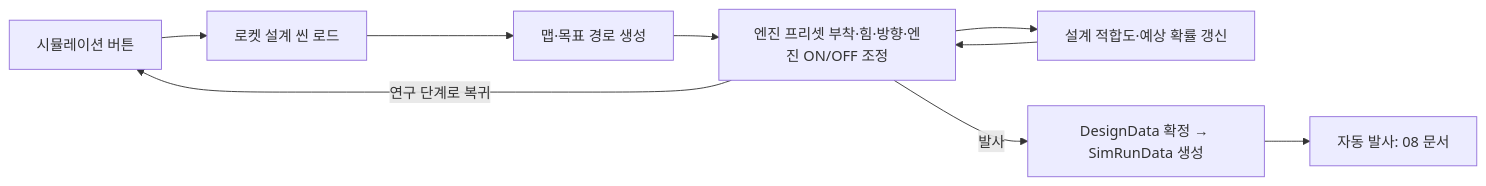
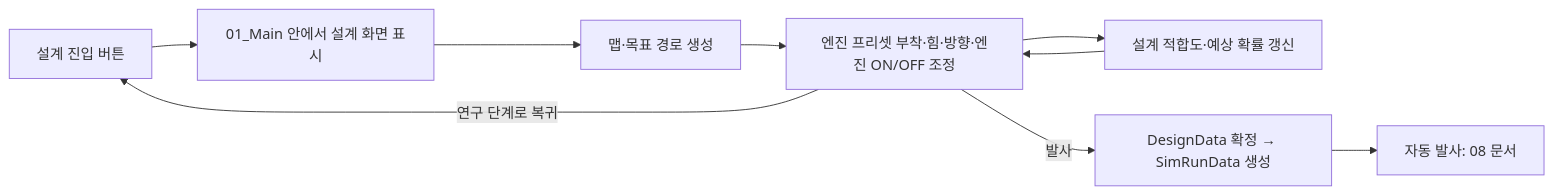
Before and after one commit to NHNAI-26/2026NHNAI: the diagram in docs/artemis-2026-gdd/07_로켓_설계.md, drawn with Mermaid. The commit also changed other lines of this file and 17 other files, not shown here.

````diff
--- a/docs/artemis-2026-gdd/07_로켓_설계.md
+++ b/docs/artemis-2026-gdd/07_로켓_설계.md
@@ -22,11 +22,11 @@
 ```mermaid
 flowchart LR
-    A[시뮬레이션 버튼] --> B[로켓 설계 씬 로드]
+    A[설계 진입 버튼] --> B[01_Main 안에서 설계 화면 표시]
     B --> C[맵·목표 경로 생성]
     C --> D[엔진 프리셋 부착·힘·방향·엔진 ON/OFF 조정]
     D --> P[설계 적합도·예상 확률 갱신]
     P --> D
     D -->|연구 단계로 복귀| A
     D -->|발사| E[DesignData 확정 → SimRunData 생성]
     E --> F[자동 발사: 08 문서]
 ```
````
